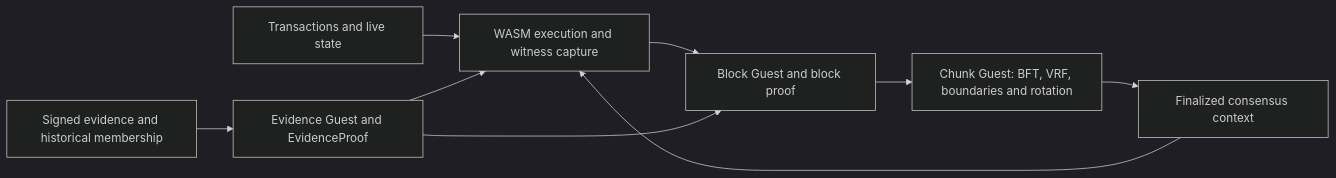
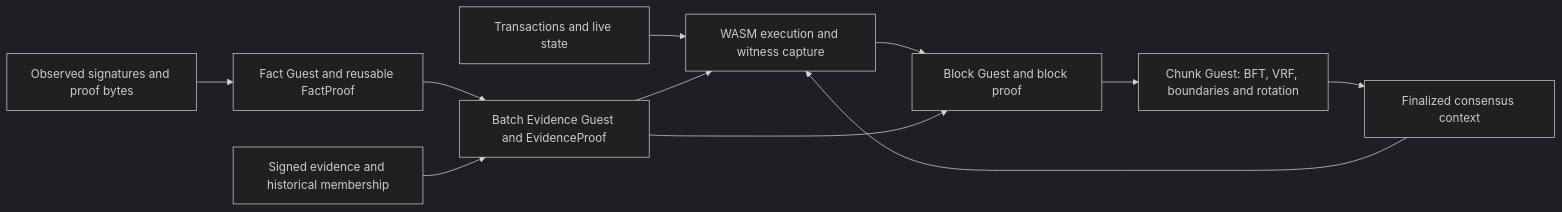
The diagram in docs/design/00-overview.md (Rorical/Neutrino), drawn with Mermaid (dark theme) before and after one commit. The commit also changed 53 other files, not shown here.

First line of the commit message:
Optimize proof scheduling, BLS verification and batched evidence

````diff
--- a/docs/design/00-overview.md
+++ b/docs/design/00-overview.md
@@ -7,11 +7,13 @@
 ```mermaid
 flowchart LR
     T[Transactions and live state] --> W[WASM execution and witness capture]
     W --> B[Block Guest and block proof]
-    E[Signed evidence and historical membership] --> P[Evidence Guest and EvidenceProof]
+    S[Observed signatures and proof bytes] --> A[Fact Guest and reusable FactProof]
+    A --> P[Batch Evidence Guest and EvidenceProof]
+    E[Signed evidence and historical membership] --> P
     P --> W
     P --> B
     B --> C[Chunk Guest: BFT, VRF, boundaries and rotation]
     C --> F[Finalized consensus context]
     F --> W
 ```
````
